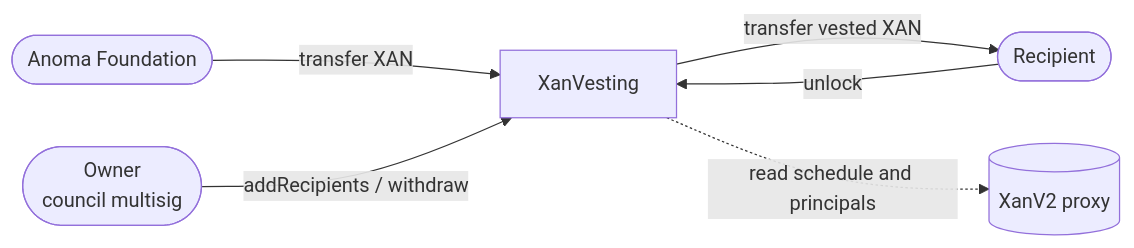
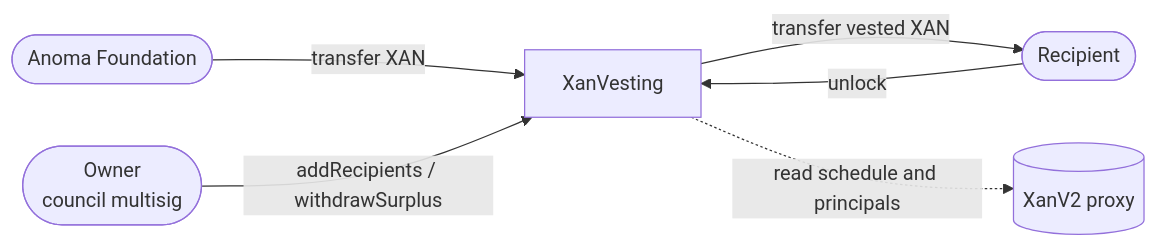
The diagram in docs/03-XanVesting.md (anoma/token), drawn with Mermaid before and after one commit. The commit also changed other lines of this file and 3 other files, not shown here.

Commit message:
refactor: rename withdraw to withdrawSurplus

````diff
--- a/docs/03-XanVesting.md
+++ b/docs/03-XanVesting.md
@@ -15,14 +15,14 @@
 ```mermaid
 flowchart LR
     foundation([Anoma Foundation])
     owner([Owner<br/>council multisig])
     recipient([Recipient])
     vesting[XanVesting]
     token[(XanV2 proxy)]
 
     foundation -->|transfer XAN| vesting
-    owner -->|addRecipients / withdraw| vesting
+    owner -->|addRecipients / withdrawSurplus| vesting
     recipient -->|unlock| vesting
     vesting -->|transfer vested XAN| recipient
     vesting -.->|read schedule and principals| token
 ```
````
